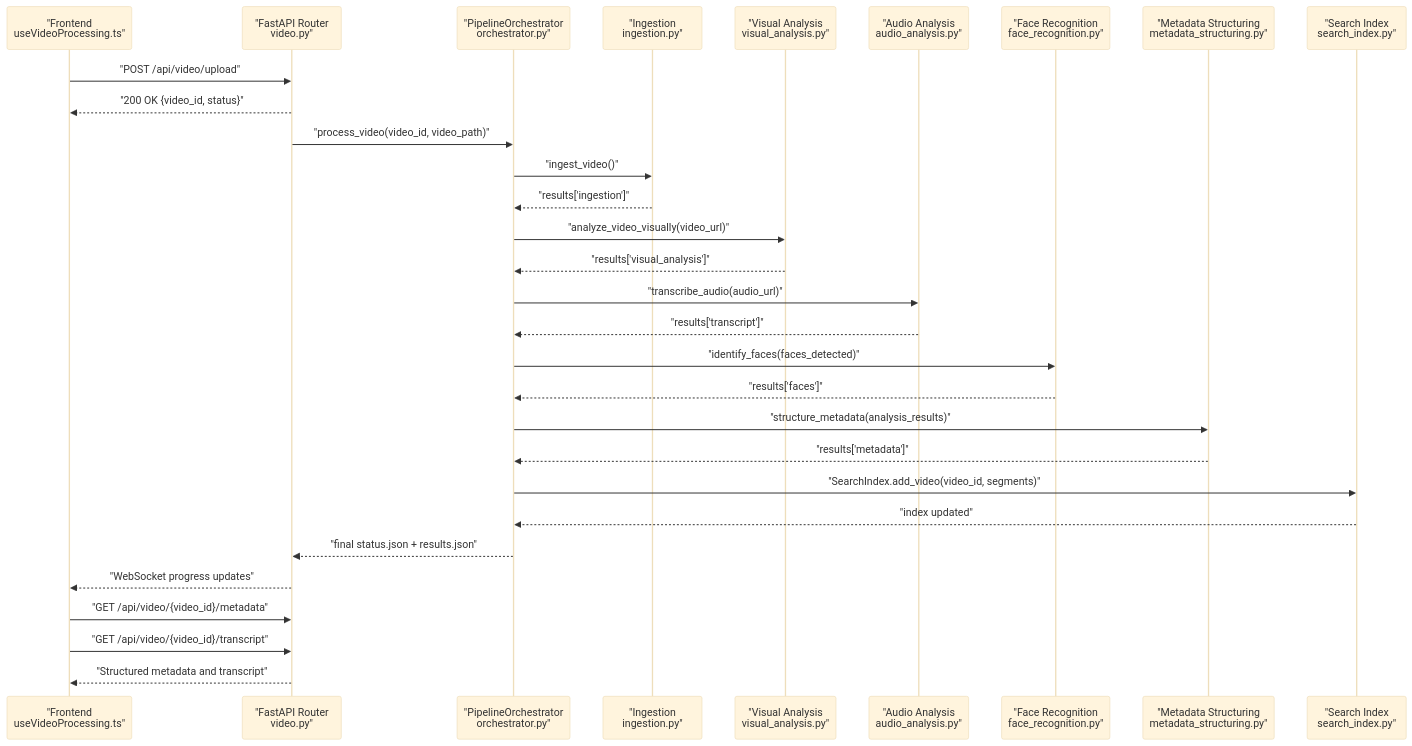
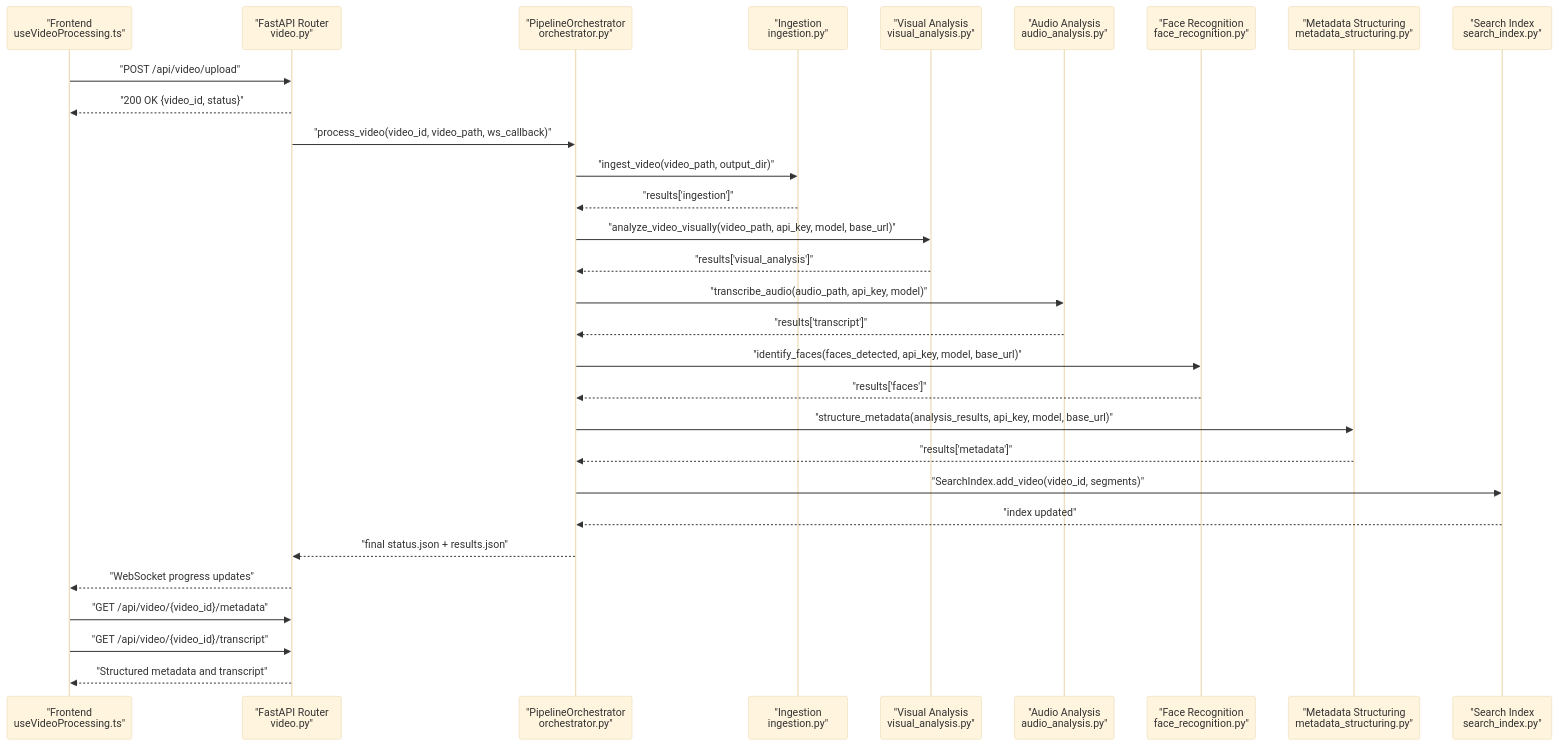
The second of 5 diagrams in .qoder/repowiki/en/content/Media Processing Pipeline/Pipeline Overview and Architecture.md (alexandreybasta-cyber/dubai-media-ai), drawn with Mermaid (base theme) before and after one commit. The commit also changed other lines of this file and 48 other files, not shown here.

````diff
--- a/.qoder/repowiki/en/content/Media Processing Pipeline/Pipeline Overview and Architecture.md
+++ b/.qoder/repowiki/en/content/Media Processing Pipeline/Pipeline Overview and Architecture.md
@@ -96,32 +105,32 @@
 ```mermaid
 sequenceDiagram
 participant FE as "Frontend<br/>useVideoProcessing.ts"
 participant API as "FastAPI Router<br/>video.py"
 participant ORCH as "PipelineOrchestrator<br/>orchestrator.py"
 participant ST1 as "Ingestion<br/>ingestion.py"
 participant ST2 as "Visual Analysis<br/>visual_analysis.py"
 participant ST3 as "Audio Analysis<br/>audio_analysis.py"
 participant ST4 as "Face Recognition<br/>face_recognition.py"
 participant ST5 as "Metadata Structuring<br/>metadata_structuring.py"
 participant ST6 as "Search Index<br/>search_index.py"
 FE->>API : "POST /api/video/upload"
 API-->>FE : "200 OK {video_id, status}"
-API->>ORCH : "process_video(video_id, video_path)"
-ORCH->>ST1 : "ingest_video()"
+API->>ORCH : "process_video(video_id, video_path, ws_callback)"
+ORCH->>ST1 : "ingest_video(video_path, output_dir)"
 ST1-->>ORCH : "results['ingestion']"
-ORCH->>ST2 : "analyze_video_visually(video_url)"
+ORCH->>ST2 : "analyze_video_visually(video_path, api_key, model, base_url)"
 ST2-->>ORCH : "results['visual_analysis']"
-ORCH->>ST3 : "transcribe_audio(audio_url)"
+ORCH->>ST3 : "transcribe_audio(audio_path, api_key, model)"
 ST3-->>ORCH : "results['transcript']"
-ORCH->>ST4 : "identify_faces(faces_detected)"
+ORCH->>ST4 : "identify_faces(faces_detected, api_key, model, base_url)"
 ST4-->>ORCH : "results['faces']"
-ORCH->>ST5 : "structure_metadata(analysis_results)"
+ORCH->>ST5 : "structure_metadata(analysis_results, api_key, model, base_url)"
 ST5-->>ORCH : "results['metadata']"
 ORCH->>ST6 : "SearchIndex.add_video(video_id, segments)"
 ST6-->>ORCH : "index updated"
 ORCH-->>API : "final status.json + results.json"
 API-->>FE : "WebSocket progress updates"
 FE->>API : "GET /api/video/{video_id}/metadata"
 FE->>API : "GET /api/video/{video_id}/transcript"
 API-->>FE : "Structured metadata and transcript"
 ```
````
